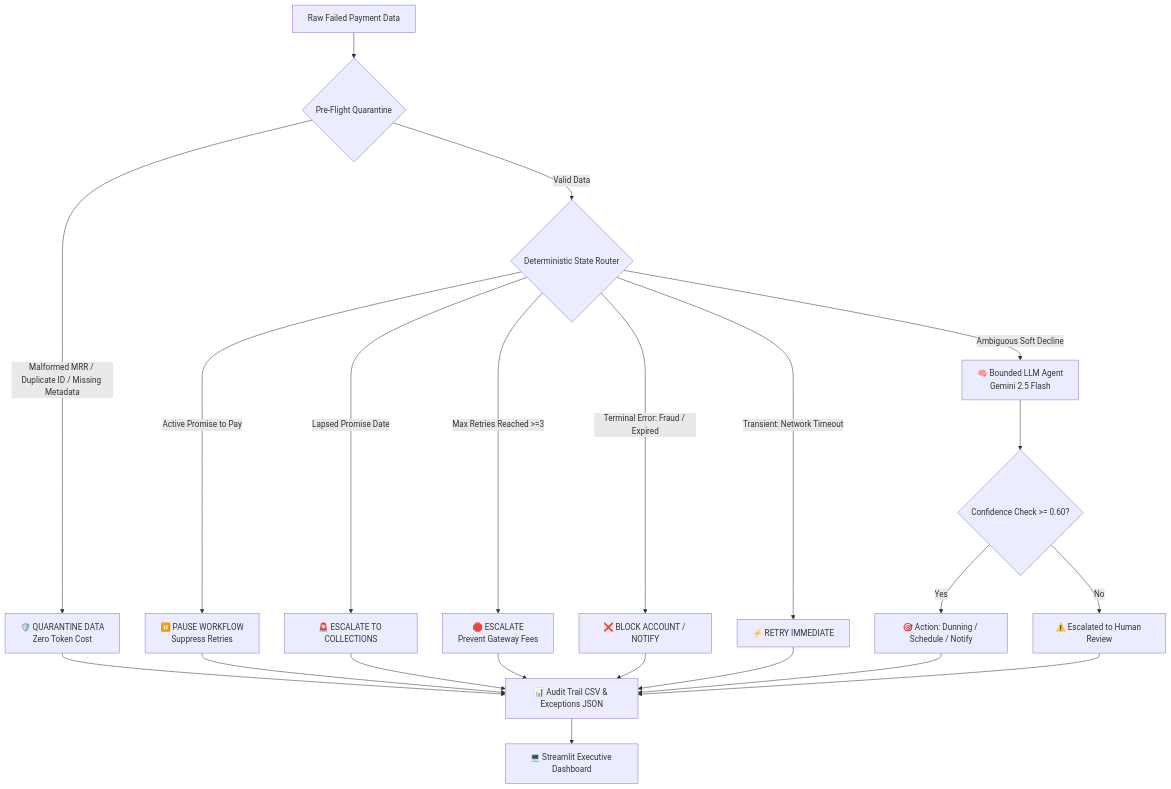
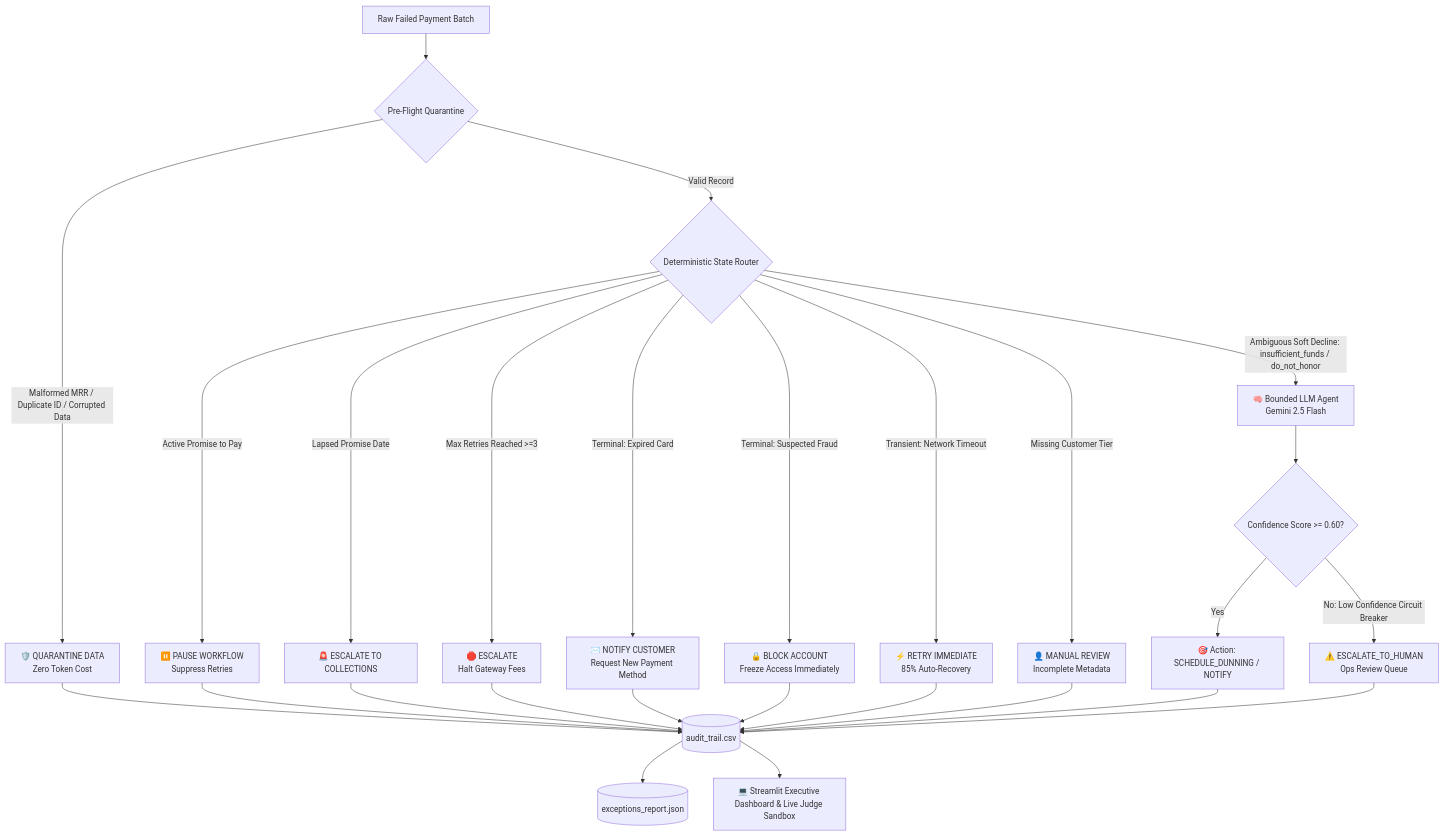
One commit to JitheshK-11/recover-ai changed the diagram in README.md. Above: the diagram before and after it, drawn with Mermaid. The commit also changed other lines of this file and 5 other files, not shown here.

````diff
--- a/README.md
+++ b/README.md
@@ -47,35 +126,41 @@
 ```mermaid
 flowchart TD
-    A[Raw Failed Payment Data] --> B{Pre-Flight Quarantine}
+    A[Raw Failed Payment Batch] --> B{Pre-Flight Quarantine}
     
     %% Quarantine Branch
-    B -->|Malformed MRR / Duplicate ID / Missing Metadata| C[🛡️ QUARANTINE DATA<br/>Zero Token Cost]
+    B -->|Malformed MRR / Duplicate ID / Corrupted Data| C[🛡️ QUARANTINE DATA<br/>Zero Token Cost]
     
     %% Router Branch
-    B -->|Valid Data| D{Deterministic State Router}
+    B -->|Valid Record| D{Deterministic State Router}
     
     %% Hard Rules
     D -->|Active Promise to Pay| E[⏸️ PAUSE WORKFLOW<br/>Suppress Retries]
     D -->|Lapsed Promise Date| F[🚨 ESCALATE TO COLLECTIONS]
-    D -->|Max Retries Reached >=3| G[🛑 ESCALATE<br/>Prevent Gateway Fees]
-    D -->|Terminal Error: Fraud / Expired| H[❌ BLOCK ACCOUNT / NOTIFY]
-    D -->|Transient: Network Timeout| I[⚡ RETRY IMMEDIATE]
+    D -->|Max Retries Reached >=3| G[🛑 ESCALATE<br/>Halt Gateway Fees]
+    D -->|Terminal: Expired Card| H[✉️ NOTIFY CUSTOMER<br/>Request New Payment Method]
+    D -->|Terminal: Suspected Fraud| I[🔒 BLOCK ACCOUNT<br/>Freeze Access Immediately]
+    D -->|Transient: Network Timeout| J[⚡ RETRY IMMEDIATE<br/>85% Auto-Recovery]
+    D -->|Missing Customer Tier| K[👤 MANUAL REVIEW<br/>Incomplete Metadata]
     
     %% LLM Handoff
-    D -->|Ambiguous Soft Decline| J[🧠 Bounded LLM Agent<br/>Gemini 2.5 Flash]
+    D -->|Ambiguous Soft Decline: insufficient_funds / do_not_honor| L[🧠 Bounded LLM Agent<br/>Gemini 2.5 Flash]
     
-    J --> K{Confidence Check >= 0.60?}
-    K -->|Yes| L[🎯 Action: Dunning / Schedule / Notify]
-    K -->|No| M[⚠️ Escalated to Human Review]
+    L --> M{Confidence Score >= 0.60?}
+    M -->|Yes| N[🎯 Action: SCHEDULE_DUNNING / NOTIFY]
+    M -->|No: Low Confidence Circuit Breaker| O[⚠️ ESCALATE_TO_HUMAN<br/>Ops Review Queue]
     
     %% Deliverables
-    C --> N[📊 Audit Trail CSV & Exceptions JSON]
-    E --> N
-    F --> N
-    G --> N
-    H --> N
-    I --> N
-    L --> N
-    M --> N
-    N --> O[💻 Streamlit Executive Dashboard]
+    C --> P[(audit_trail.csv)]
+    E --> P
+    F --> P
+    G --> P
+    H --> P
+    I --> P
+    J --> P
+    K --> P
+    N --> P
+    O --> P
+    
+    P --> Q[(exceptions_report.json)]
+    P --> R[💻 Streamlit Executive Dashboard & Live Judge Sandbox]
 ```
````
